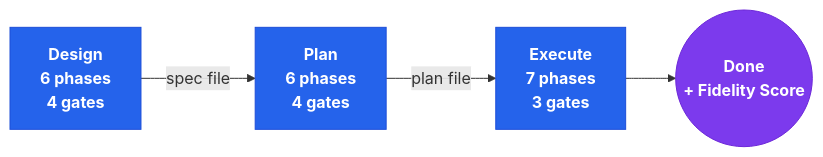
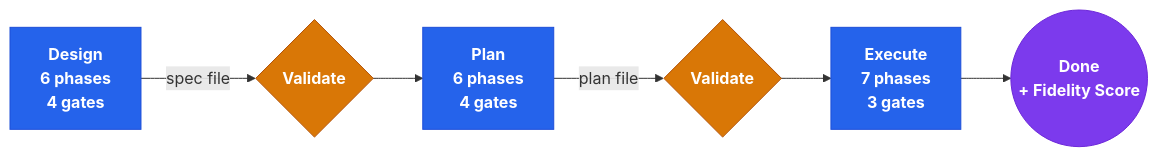
The diagram in skills/build-feature/README.md (sthiermann/stn-skills), drawn with Mermaid before and after one commit. The commit also changed 4 other files, not shown here.

First line of the commit message:
Add pipeline-handoff-validator banner, update pipeline diagrams

````diff
--- a/skills/build-feature/README.md
+++ b/skills/build-feature/README.md
@@ -47,12 +47,16 @@
 ```mermaid
 graph LR
-    M1["Design\n6 phases\n4 gates"] -->|"spec file"| M2["Plan\n6 phases\n4 gates"]
-    M2 -->|"plan file"| M3["Execute\n7 phases\n3 gates"]
+    M1["Design\n6 phases\n4 gates"] -->|"spec file"| V1{"Validate"}
+    V1 --> M2["Plan\n6 phases\n4 gates"]
+    M2 -->|"plan file"| V2{"Validate"}
+    V2 --> M3["Execute\n7 phases\n3 gates"]
     M3 --> Done(("Done\n+ Fidelity Score"))
 
     classDef macro fill:#2563eb,stroke:#1d4ed8,color:#fff,font-weight:bold
+    classDef validator fill:#d97706,stroke:#b45309,color:#fff,font-weight:bold
     classDef done fill:#7c3aed,stroke:#6d28d9,color:#fff,font-weight:bold
 
     class M1,M2,M3 macro
+    class V1,V2 validator
     class Done done
 ```
````
